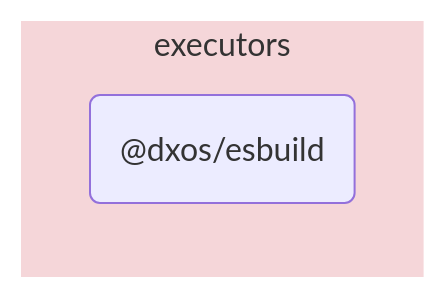
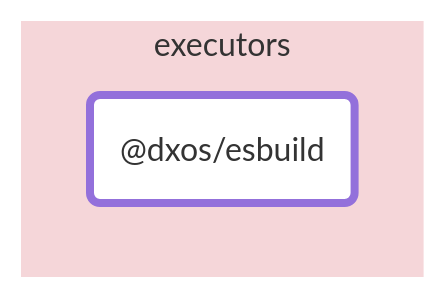
Before and after one commit to dxos/dxos: the diagram in tools/executors/esbuild/docs/README.md, drawn with Mermaid. The commit also changed other lines of this file and 88 other files, not shown here.

````diff
--- a/tools/executors/esbuild/docs/README.md
+++ b/tools/executors/esbuild/docs/README.md
@@ -5,9 +7,12 @@
 ```mermaid
 flowchart LR;
+
+style dxos/esbuild fill:#fff,stroke-width:4px;
+
 
 subgraph executors
   style executors fill:#f5d6d9,stroke:#fff;
   dxos/esbuild("@dxos/esbuild");
 end
 
 ```
````
